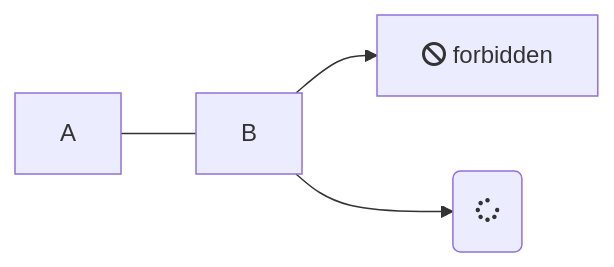
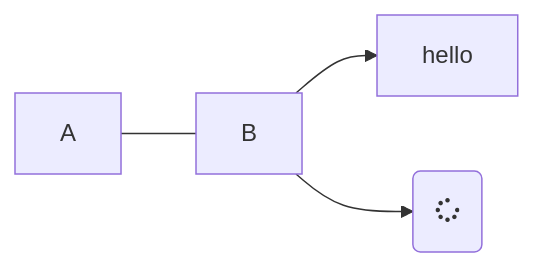
Before and after one commit to 0100101101011010/food: the diagram in _pages/menu.md, drawn with Mermaid.

```diff
--- a/_pages/menu.md
+++ b/_pages/menu.md
@@ -48,6 +48,6 @@
 <div class="mermaid">
   graph LR
       A --- B
-      B-->C[fa:fa-ban forbidden]
+      B-->C[hello]
       B-->D(fa:fa-spinner);
 </div>
```
